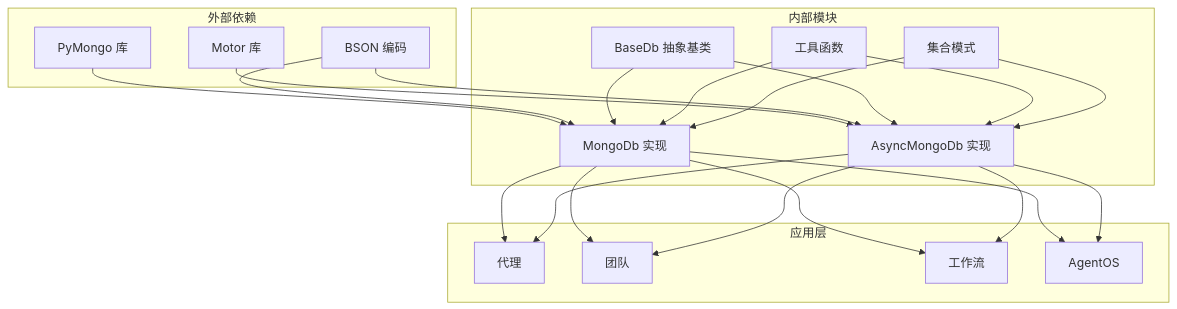
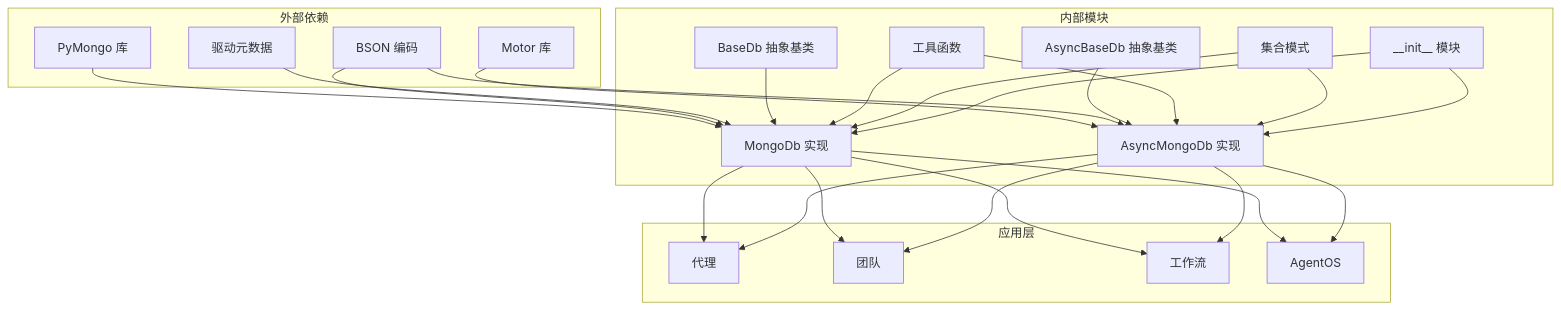
The sixth of 6 diagrams in .qoder/repowiki/zh/content/存储系统/数据库实现/MongoDB 存储实现.md (defulat-coder/agno-learn), drawn with Mermaid before and after one commit. The commit also changed other lines of this file and 1683 other files, not shown here.

````diff
--- a/.qoder/repowiki/zh/content/存储系统/数据库实现/MongoDB 存储实现.md
+++ b/.qoder/repowiki/zh/content/存储系统/数据库实现/MongoDB 存储实现.md
@@ -435,39 +499,45 @@
 ```mermaid
 graph TD
 subgraph "外部依赖"
 PyMongo[PyMongo 库]
 Motor[Motor 库]
 BSON[BSON 编码]
+Metadata[驱动元数据]
 end
 subgraph "内部模块"
 BaseDb[BaseDb 抽象基类]
+AsyncBaseDb[AsyncBaseDb 抽象基类]
 MongoDb[MongoDb 实现]
 AsyncMongoDb[AsyncMongoDb 实现]
 Utils[工具函数]
 Schemas[集合模式]
+Init[__init__ 模块]
 end
 subgraph "应用层"
 Agent[代理]
 Team[团队]
 Workflow[工作流]
 AgentOS[AgentOS]
 end
 PyMongo --> MongoDb
 Motor --> AsyncMongoDb
 BSON --> MongoDb
 BSON --> AsyncMongoDb
+Metadata --> MongoDb
 BaseDb --> MongoDb
-BaseDb --> AsyncMongoDb
+AsyncBaseDb --> AsyncMongoDb
 Utils --> MongoDb
 Utils --> AsyncMongoDb
 Schemas --> MongoDb
 Schemas --> AsyncMongoDb
+Init --> MongoDb
+Init --> AsyncMongoDb
 MongoDb --> Agent
 MongoDb --> Team
 MongoDb --> Workflow
 MongoDb --> AgentOS
 AsyncMongoDb --> Agent
 AsyncMongoDb --> Team
 AsyncMongoDb --> Workflow
 AsyncMongoDb --> AgentOS
 ```
````
